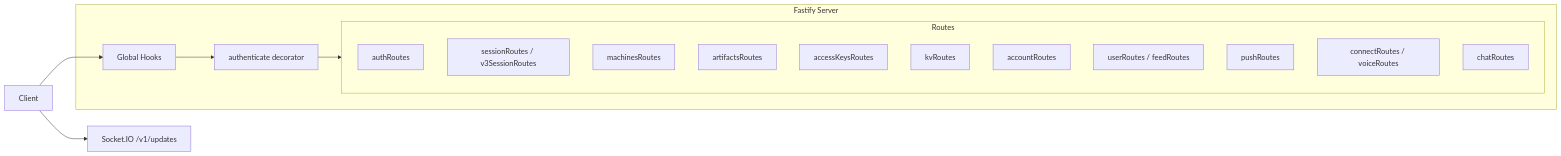
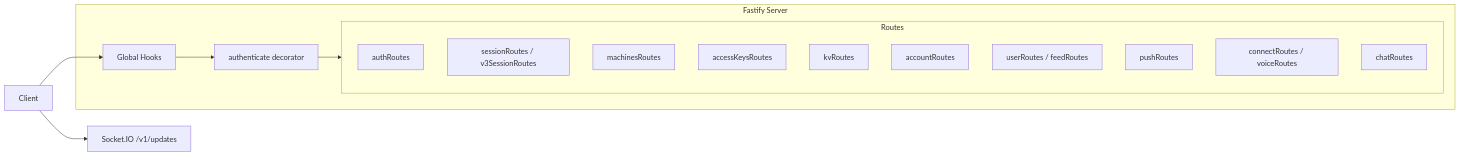
Before and after one commit to am6737/happy-next: the third of 9 diagrams in docs/backend-architecture.md, drawn with Mermaid. The commit also changed other lines of this file and 36 other files, not shown here.

````diff
--- a/docs/backend-architecture.md
+++ b/docs/backend-architecture.md
@@ -102,27 +102,26 @@
 ```mermaid
 graph LR
     subgraph "Fastify Server"
         Hooks[Global Hooks]
         Auth[authenticate decorator]
 
         subgraph Routes
             direction TB
             R1[authRoutes]
             R2[sessionRoutes / v3SessionRoutes]
             R3[machinesRoutes]
-            R4[artifactsRoutes]
             R5[accessKeysRoutes]
             R6[kvRoutes]
             R7[accountRoutes]
             R8[userRoutes / feedRoutes]
             R9[pushRoutes]
             R10[connectRoutes / voiceRoutes]
             R11[chatRoutes]
         end
     end
 
     SocketIO[Socket.IO /v1/updates]
 
     Client --> Hooks --> Auth --> Routes
     Client --> SocketIO
 ```
````
